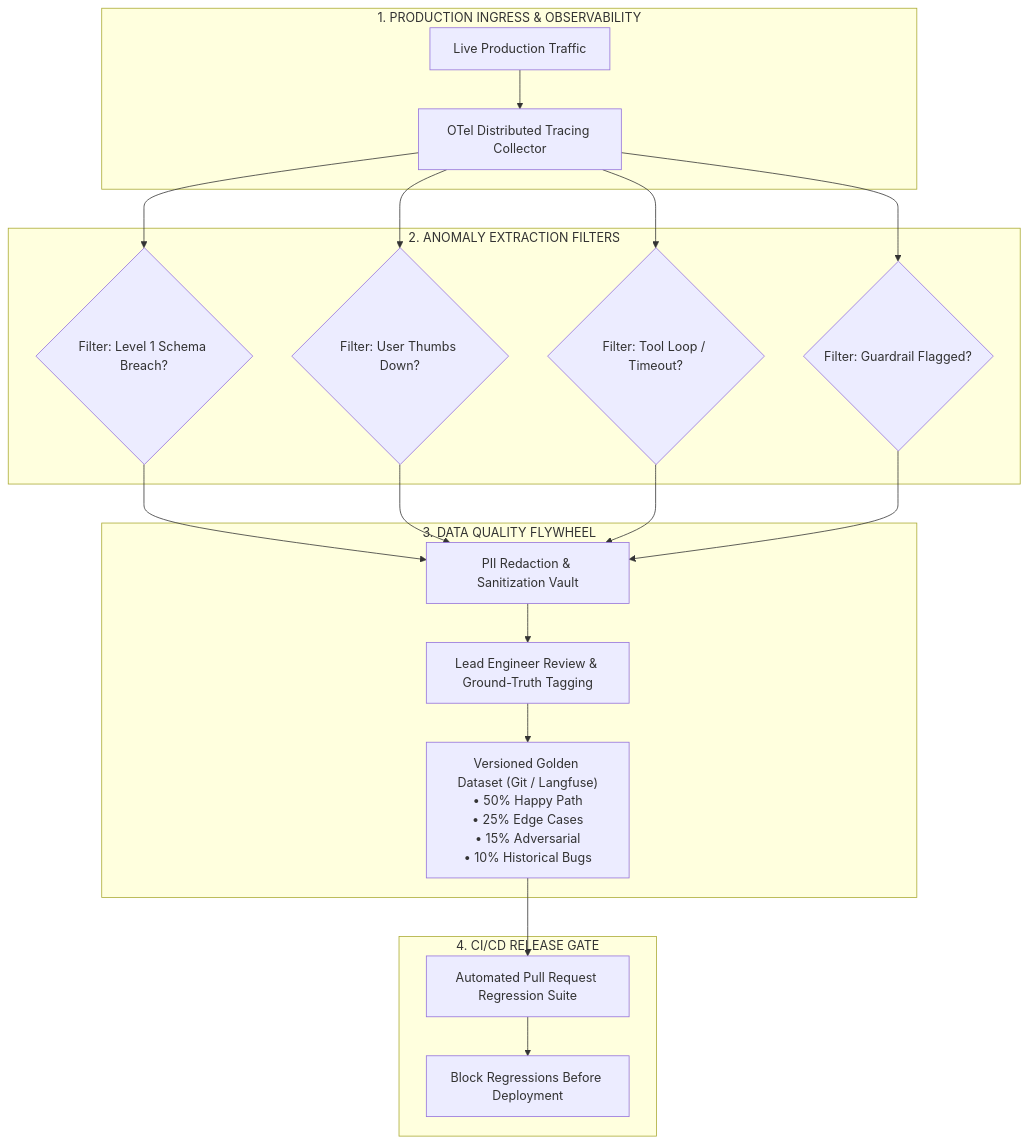
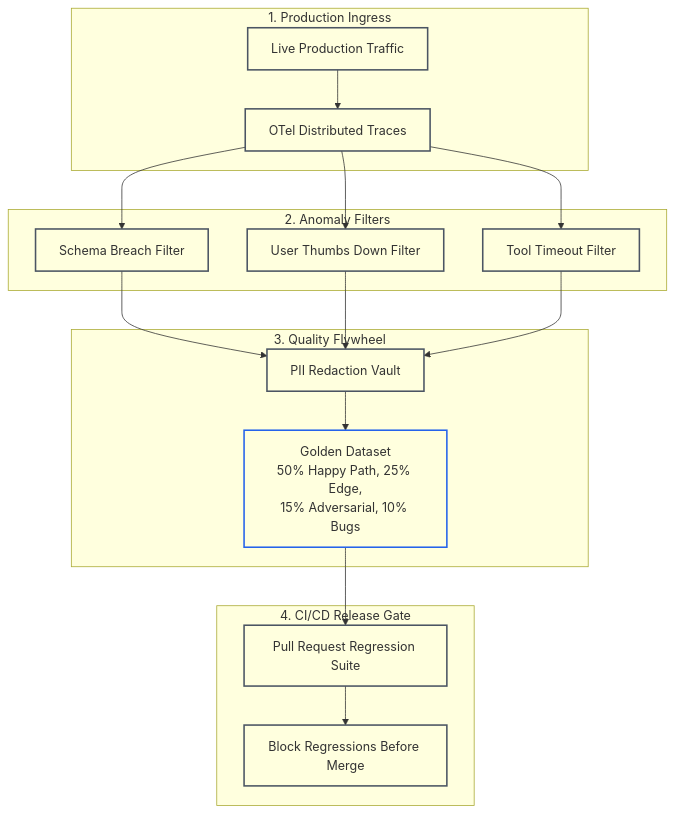
The first of 3 diagrams in 06-evals-and-observability/04-evaluation-datasets-and-synthetic-data-curation.md (dip4k/senior-engineer-to-ai-engineer-roadmap), drawn with Mermaid before and after one commit. The commit also changed other lines of this file and 10 other files, not shown here.

````diff
--- a/06-evals-and-observability/04-evaluation-datasets-and-synthetic-data-curation.md
+++ b/06-evals-and-observability/04-evaluation-datasets-and-synthetic-data-curation.md
@@ -49,24 +52,28 @@
 ```mermaid
 flowchart TD
-    subgraph LiveTraffic["1. PRODUCTION INGRESS & OBSERVABILITY"]
-        User["Live Production Traffic"] --> Traces["OTel Distributed Tracing Collector"]
+    subgraph LiveTraffic["1. Production Ingress"]
+        User["Live Production Traffic"] --> Traces["OTel Distributed Traces"]
     end
 
-    subgraph Mining["2. ANOMALY EXTRACTION FILTERS"]
-        Traces --> F1{"Filter: Level 1 Schema Breach?"}
-        Traces --> F2{"Filter: User Thumbs Down?"}
-        Traces --> F3{"Filter: Tool Loop / Timeout?"}
-        Traces --> F4{"Filter: Guardrail Flagged?"}
+    subgraph Mining["2. Anomaly Filters"]
+        Traces --> F1["Schema Breach Filter"]
+        Traces --> F2["User Thumbs Down Filter"]
+        Traces --> F3["Tool Timeout Filter"]
     end
 
-    subgraph Curation["3. DATA QUALITY FLYWHEEL"]
-        F1 & F2 & F3 & F4 --> Redact["PII Redaction & Sanitization Vault"]
-        Redact --> Verify["Lead Engineer Review & Ground-Truth Tagging"]
-        Verify --> GoldenSet["Versioned Golden Dataset (Git / Langfuse)<br/>• 50% Happy Path<br/>• 25% Edge Cases<br/>• 15% Adversarial<br/>• 10% Historical Bugs"]
+    subgraph Curation["3. Quality Flywheel"]
+        F1 --> Vault["PII Redaction Vault"]
+        F2 --> Vault
+        F3 --> Vault
+        Vault --> GoldenSet["Golden Dataset<br/>50% Happy Path, 25% Edge,<br/>15% Adversarial, 10% Bugs"]
     end
 
-    subgraph Gating["4. CI/CD RELEASE GATE"]
-        GoldenSet --> CIRegression["Automated Pull Request Regression Suite"]
-        CIRegression --> Deploy["Block Regressions Before Deployment"]
+    subgraph Gating["4. CI/CD Release Gate"]
+        GoldenSet --> CIRegression["Pull Request Regression Suite"]
+        CIRegression --> Deploy["Block Regressions Before Merge"]
     end
+
+    classDef default stroke:#4b5563,stroke-width:2px,fill:none;
+    classDef gate stroke:#2563eb,stroke-width:2px,fill:none;
+    class GoldenSet gate;
 ```
````
